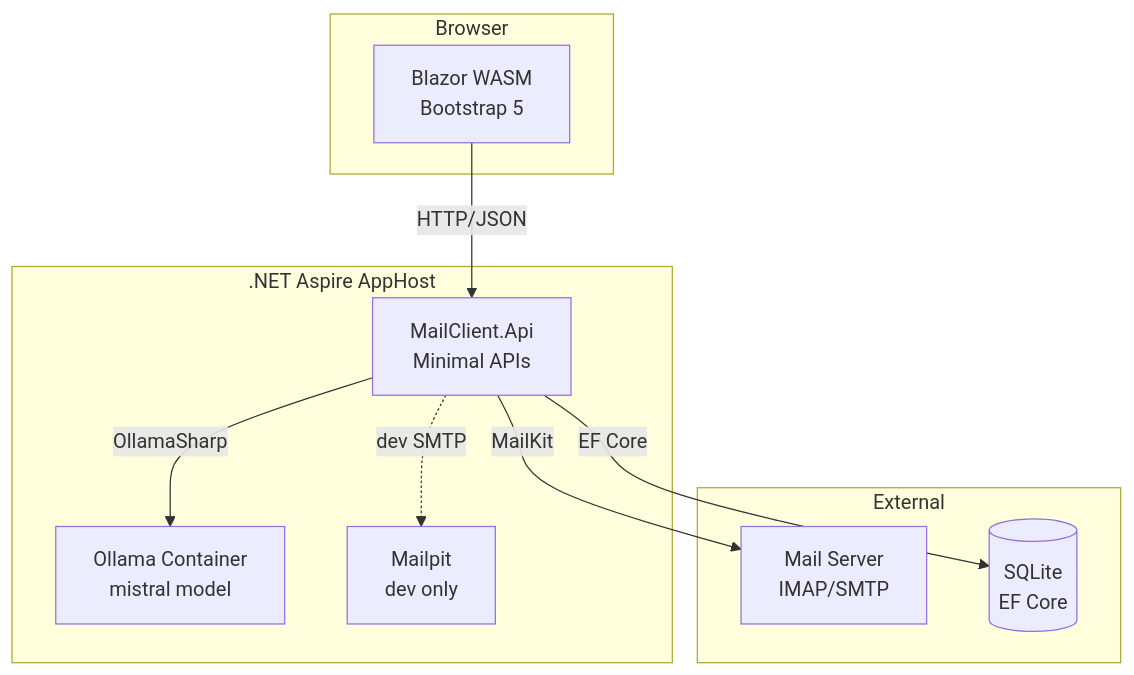
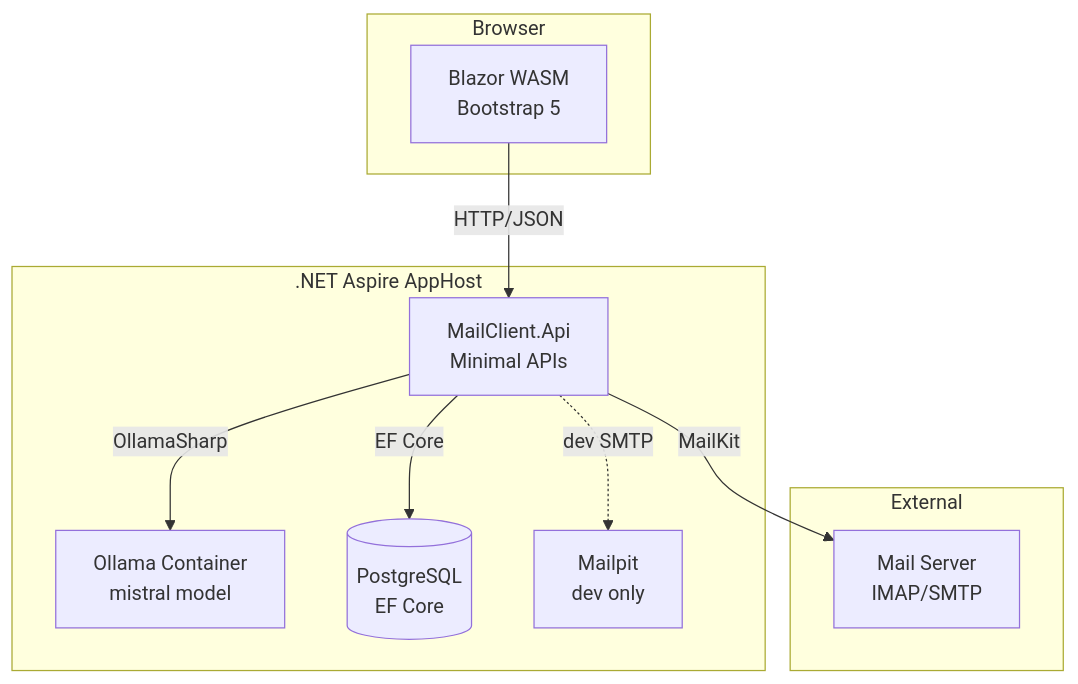
Before and after one commit to mamu7211/fireb-mailclient: the diagram in docs/DESIGN.md, drawn with Mermaid. The commit also changed other lines of this file and 4 other files, not shown here.

First line of the commit message:
docs: switch database from SQLite to PostgreSQL

````diff
--- a/docs/DESIGN.md
+++ b/docs/DESIGN.md
@@ -20,23 +20,23 @@
 ```mermaid
 graph TB
     subgraph "Browser"
         WASM[Blazor WASM<br/>Bootstrap 5]
     end
 
     subgraph ".NET Aspire AppHost"
         API[MailClient.Api<br/>Minimal APIs]
         OLLAMA[Ollama Container<br/>mistral model]
+        DB[(PostgreSQL<br/>EF Core)]
         MAILPIT[Mailpit<br/>dev only]
     end
 
     subgraph "External"
         IMAP[Mail Server<br/>IMAP/SMTP]
-        DB[(SQLite<br/>EF Core)]
     end
 
     WASM -->|HTTP/JSON| API
     API -->|MailKit| IMAP
     API -->|OllamaSharp| OLLAMA
     API -->|EF Core| DB
     API -.->|dev SMTP| MAILPIT
 ```
````
